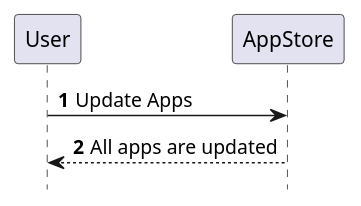
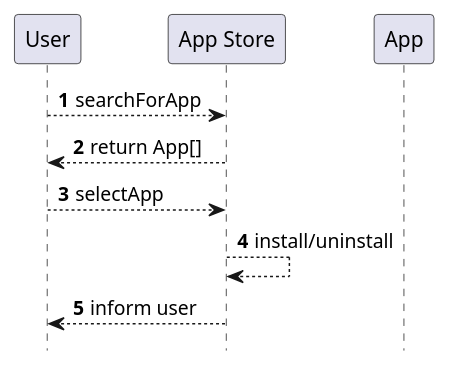
The diagram in src/appstore_sequence.puml (notfirefox/swea-project), drawn with PlantUML before and after one commit. The commit also changed 1 other file, not shown here.

Commit message:
Update sequence diagram

```diff
--- a/src/appstore_sequence.puml
+++ b/src/appstore_sequence.puml
@@ -1,12 +1,16 @@
 @startuml
 
 autonumber
 hide footbox
 
-participant User as user
-participant AppStore as appStore
+participant user as "User"
+participant appStore as "App Store"
+participant app as "App"
 
-user -> appStore: Update Apps
-appStore --> user: All apps are updated
+user --> appStore: searchForApp
+appStore --> user: return App[]
+user --> appStore: selectApp
+appStore --> appStore: install/uninstall
+appStore --> user: inform user
 
 @enduml
```
